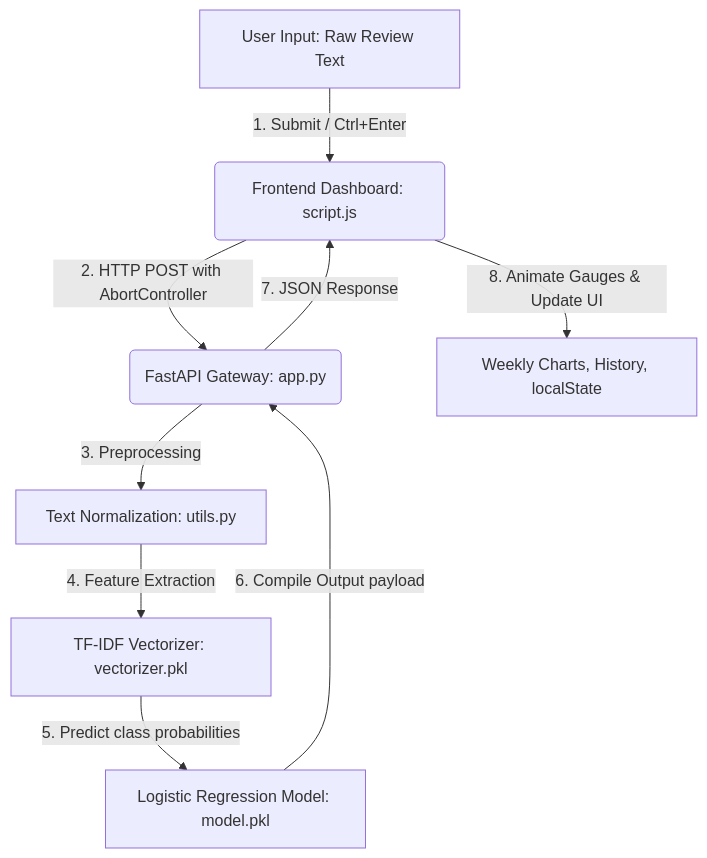
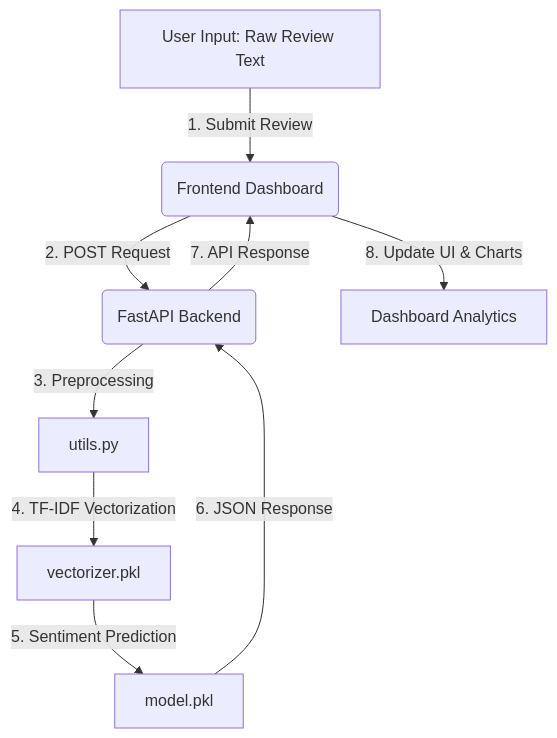
One commit to samarthtalwar9/ReviewSense changed the diagram in README.md. Above: the diagram before and after it, drawn with Mermaid. The commit also changed other lines of this file, not shown here.

````diff
--- a/README.md
+++ b/README.md
@@ -44,11 +44,11 @@
 ```mermaid
 graph TD
-    A[User Input: Raw Review Text] -->|1. Submit / Ctrl+Enter| B(Frontend Dashboard: script.js)
-    B -->|2. HTTP POST with AbortController| C(FastAPI Gateway: app.py)
-    C -->|3. Preprocessing| D[Text Normalization: utils.py]
-    D -->|4. Feature Extraction| E[TF-IDF Vectorizer: vectorizer.pkl]
-    E -->|5. Predict class probabilities| F[Logistic Regression Model: model.pkl]
-    F -->|6. Compile Output payload| C
-    C -->|7. JSON Response| B
-    B -->|8. Animate Gauges & Update UI| G[Weekly Charts, History, localState]
+    A[User Input: Raw Review Text] -->|1. Submit Review| B(Frontend Dashboard)
+    B -->|2. POST Request| C(FastAPI Backend)
+    C -->|3. Preprocessing| D[utils.py]
+    D -->|4. TF-IDF Vectorization| E[vectorizer.pkl]
+    E -->|5. Sentiment Prediction| F[model.pkl]
+    F -->|6. JSON Response| C
+    C -->|7. API Response| B
+    B -->|8. Update UI & Charts| G[Dashboard Analytics]
 ```
````
